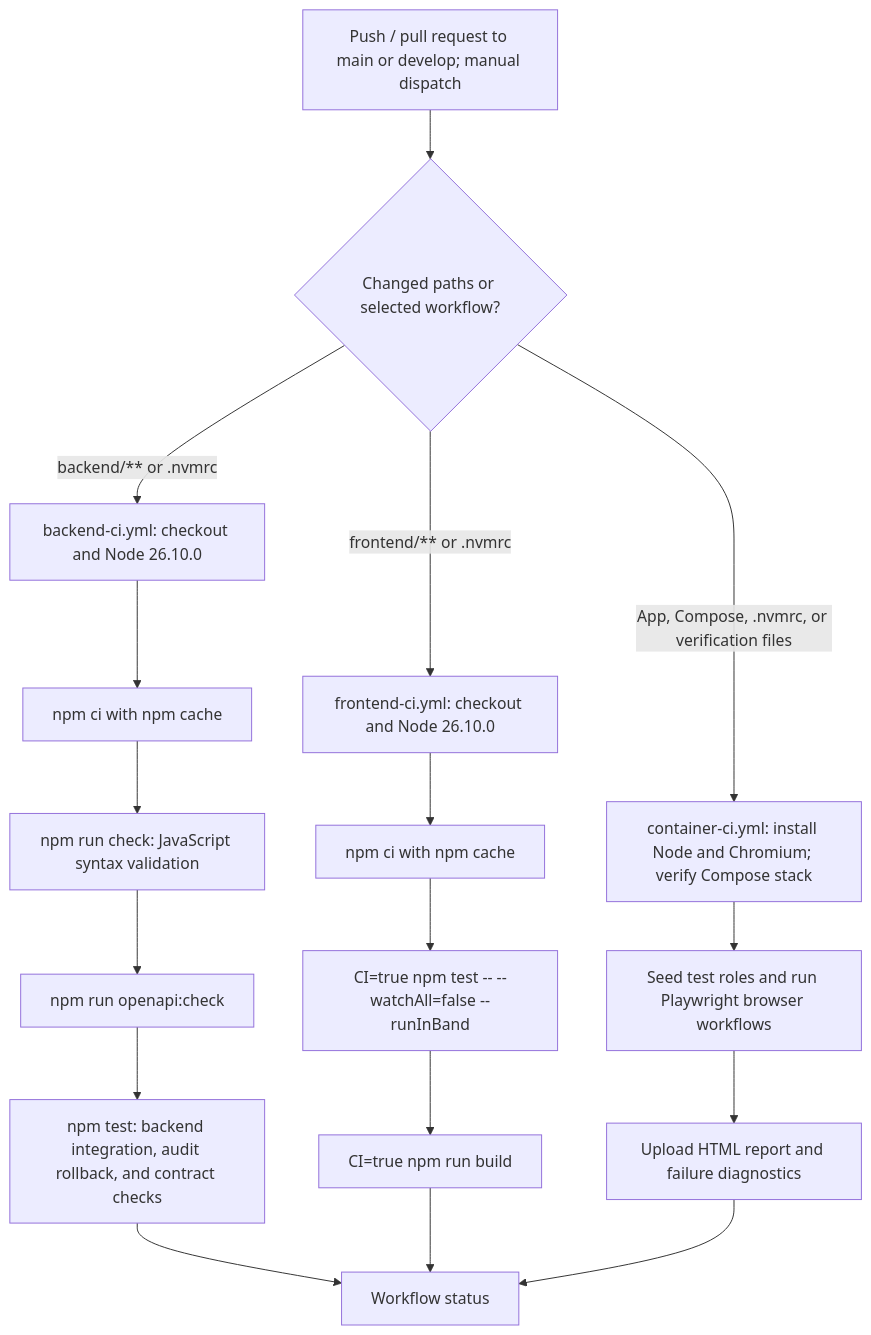
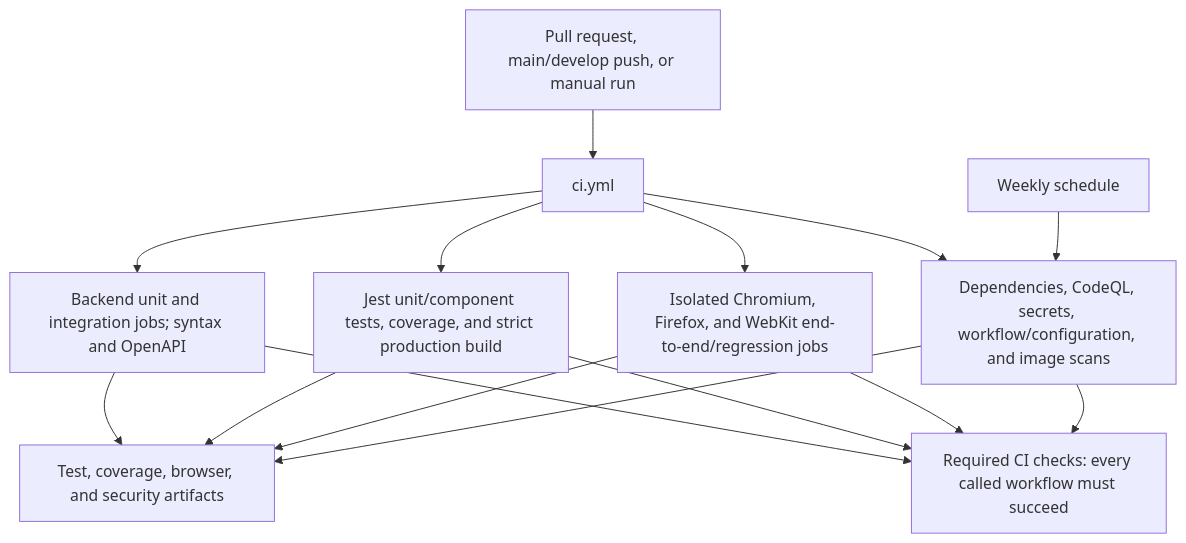
Before and after one commit to herve192-hub/WorkSphere: diagram 37 of 52 in README.md, drawn with Mermaid. The commit also changed other lines of this file and 36 other files, not shown here.

Commit message:
CI update to include security scan, end-to-end testing with unit tests, integration tests, regression tests

````diff
--- a/README.md
+++ b/README.md
@@ -1764,19 +1776,17 @@
 ```mermaid
 flowchart TD
-    Trigger["Push / pull request to main or develop; manual dispatch"] --> Scope{"Changed paths or selected workflow?"}
-    Scope -->|"backend/** or .nvmrc"| Backend["backend-ci.yml: checkout and Node 26.10.0"]
-    Scope -->|"frontend/** or .nvmrc"| Frontend["frontend-ci.yml: checkout and Node 26.10.0"]
-    Backend --> BackendInstall["npm ci with npm cache"]
-    BackendInstall --> BackendSyntax["npm run check: JavaScript syntax validation"]
-    BackendSyntax --> OpenAPI["npm run openapi:check"]
-    OpenAPI --> BackendTests["npm test: backend integration, audit rollback, and contract checks"]
-    Frontend --> FrontendInstall["npm ci with npm cache"]
-    FrontendInstall --> FrontendTests["CI=true npm test -- --watchAll=false --runInBand"]
-    FrontendTests --> FrontendBuild["CI=true npm run build"]
-    Scope -->|"App, Compose, .nvmrc, or verification files"| Containers["container-ci.yml: install Node and Chromium; verify Compose stack"]
-    Containers --> Browser["Seed test roles and run Playwright browser workflows"]
-    Browser --> Reports["Upload HTML report and failure diagnostics"]
-    BackendTests --> Result["Workflow status"]
-    FrontendBuild --> Result
-    Reports --> Result
+    Trigger["Pull request, main/develop push, or manual run"] --> CI["ci.yml"]
+    CI --> Backend["Backend unit and integration jobs; syntax and OpenAPI"]
+    CI --> Frontend["Jest unit/component tests, coverage, and strict production build"]
+    CI --> Browsers["Isolated Chromium, Firefox, and WebKit end-to-end/regression jobs"]
+    CI --> Security["Dependencies, CodeQL, secrets, workflow/configuration, and image scans"]
+    Backend --> Reports["Test, coverage, browser, and security artifacts"]
+    Frontend --> Reports
+    Browsers --> Reports
+    Security --> Reports
+    Backend --> Gate["Required CI checks: every called workflow must succeed"]
+    Frontend --> Gate
+    Browsers --> Gate
+    Security --> Gate
+    Weekly["Weekly schedule"] --> Security
 ```
````
